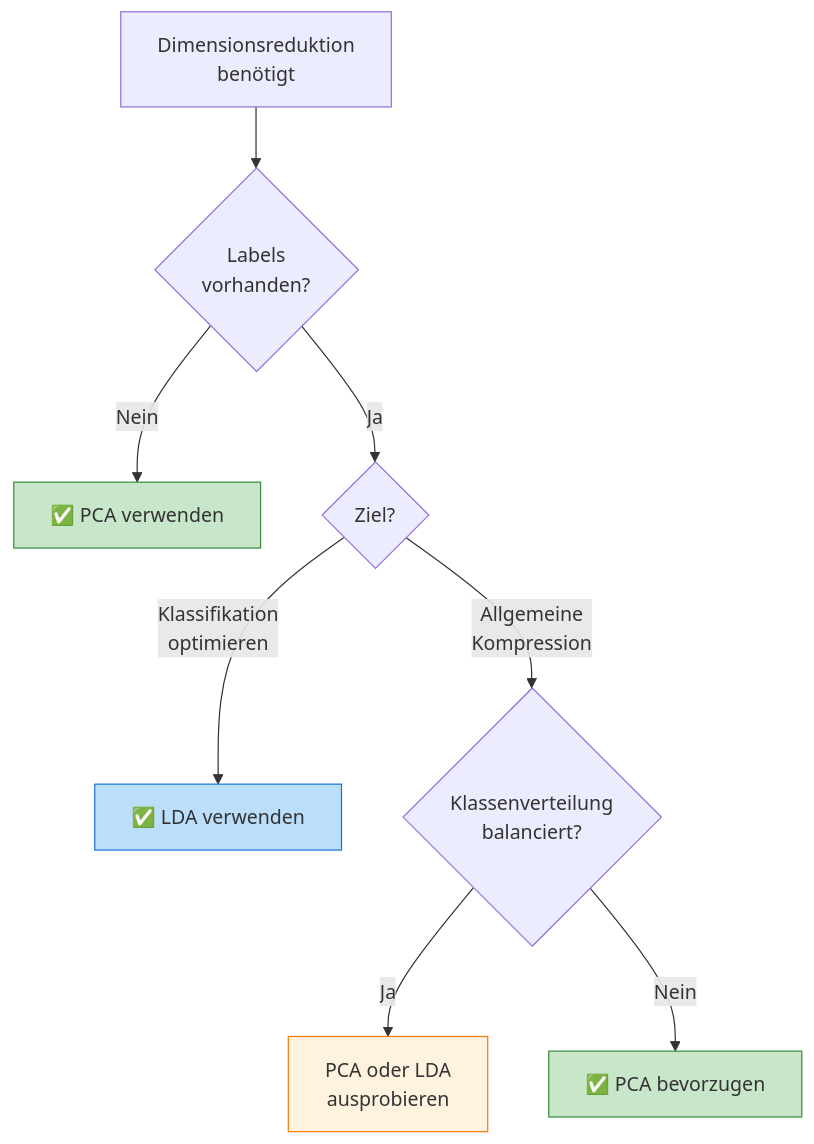
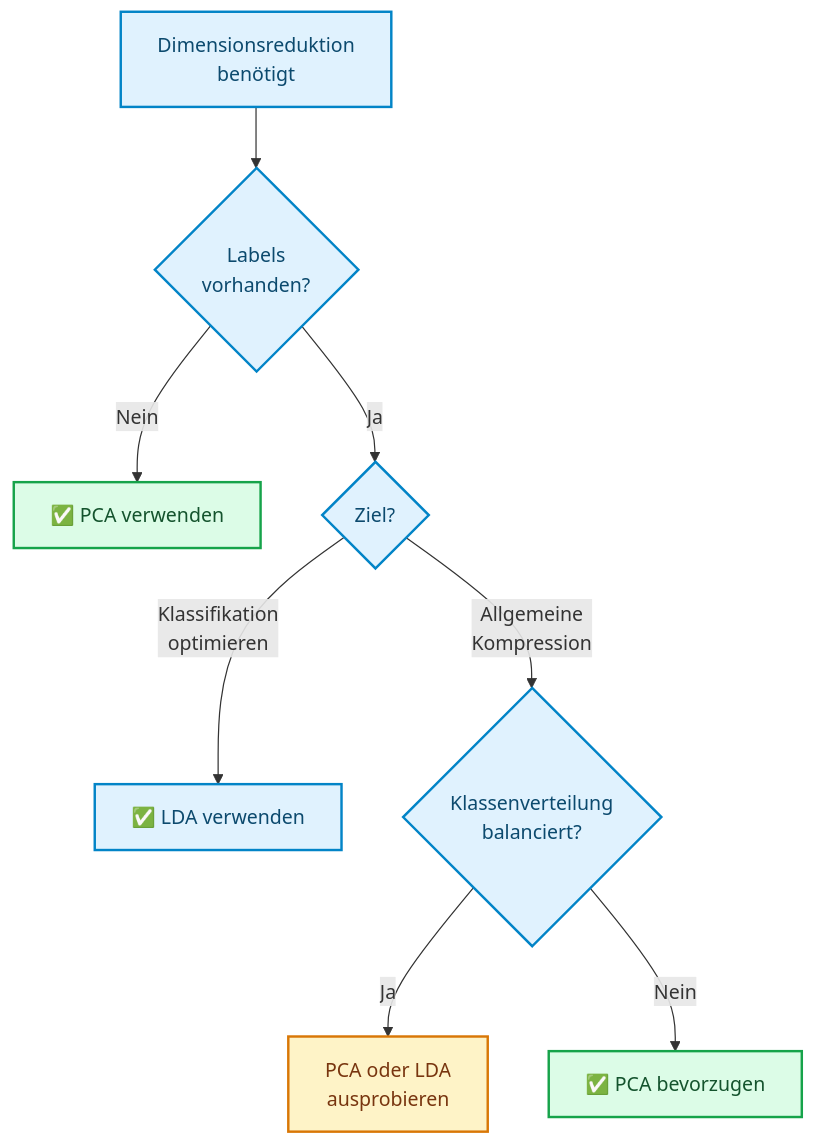
Before and after one commit to ralf-42/ML_Intro: the third of 5 diagrams in docs/concepts/modeling/pca-lda.md, drawn with Mermaid. The commit also changed other lines of this file and 67 other files, not shown here.

````diff
--- a/docs/concepts/modeling/pca-lda.md
+++ b/docs/concepts/modeling/pca-lda.md
@@ -141,18 +147,19 @@
 ```mermaid
 flowchart TD
     START["Dimensionsreduktion<br/>benötigt"] --> Q1{"Labels<br/>vorhanden?"}
     
     Q1 -->|Nein| PCA["✅ PCA verwenden"]
     Q1 -->|Ja| Q2{"Ziel?"}
     
     Q2 -->|"Klassifikation<br/>optimieren"| LDA["✅ LDA verwenden"]
     Q2 -->|"Allgemeine<br/>Kompression"| Q3{"Klassenverteilung<br/>balanciert?"}
     
     Q3 -->|Ja| BOTH["PCA oder LDA<br/>ausprobieren"]
     Q3 -->|Nein| PCA2["✅ PCA bevorzugen"]
-    
-    style PCA fill:#c8e6c9,stroke:#388e3c
-    style LDA fill:#bbdefb,stroke:#1976d2
-    style PCA2 fill:#c8e6c9,stroke:#388e3c
-    style BOTH fill:#fff3e0,stroke:#f57c00
+
+    classDef default fill:#e0f2fe,stroke:#0284c7,stroke-width:2px,color:#0c4a6e;
+    classDef metric fill:#fef3c7,stroke:#d97706,stroke-width:2px,color:#78350f;
+    classDef output fill:#dcfce7,stroke:#16a34a,stroke-width:2px,color:#14532d;
+    class BOTH metric;
+    class PCA,PCA2 output;
 ```
````
